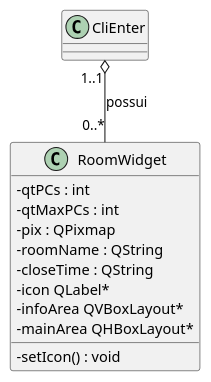
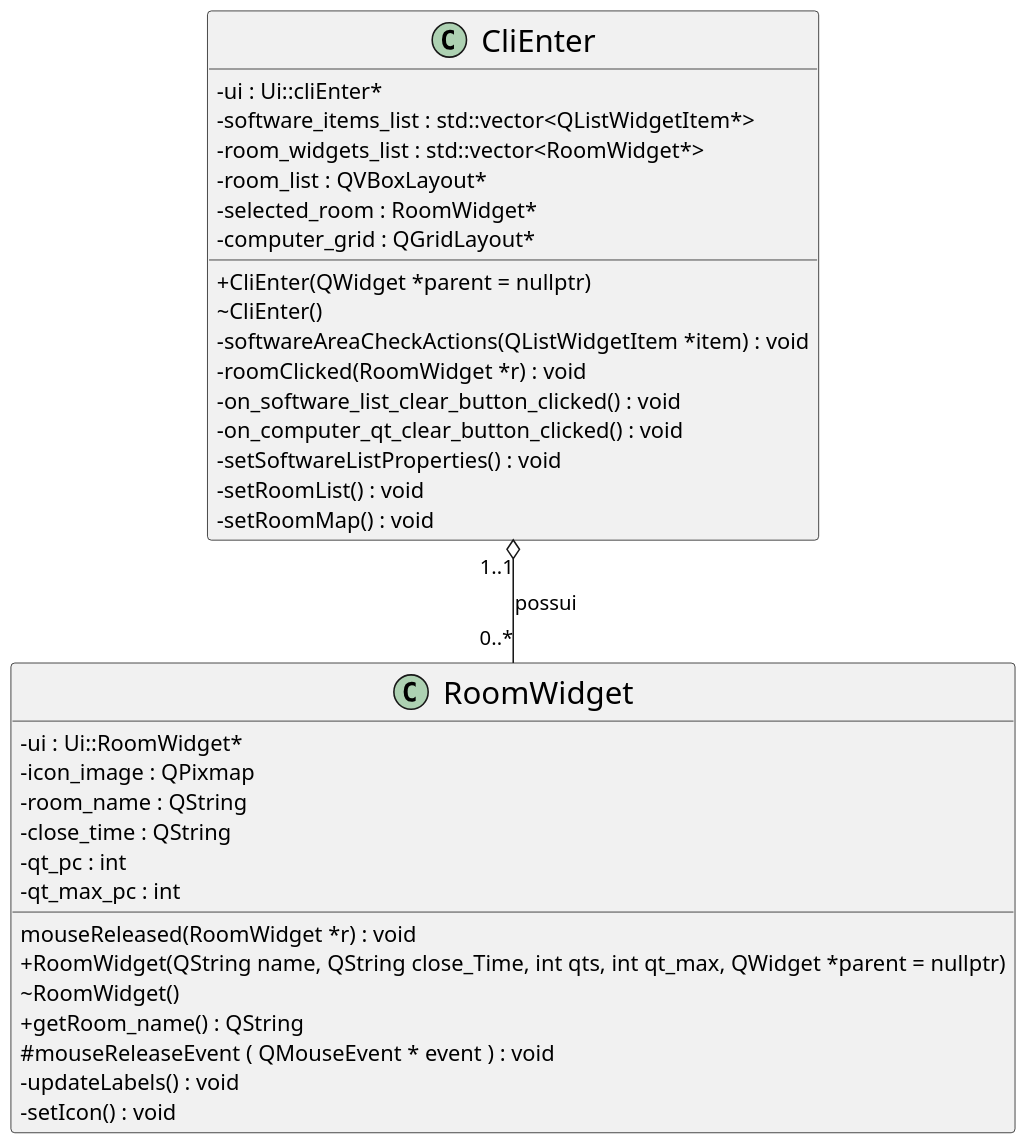
One commit to sociedade-do-pastel/softeiros changed the first of 2 diagrams in docs/umls.org. Above: the diagram before and after it, drawn with PlantUML. The commit also changed other lines of this file and 2 other files, not shown here.

Commit message:
Implementado LogicaCliEnter, atualizado UML

```diff
--- a/docs/umls.org
+++ b/docs/umls.org
@@ -3,20 +3,41 @@
 #+begin_src plantuml :file "./cliEnterClassDiagram.png" :results file
   skinparam classAttributeIconSize 0
+  skinparam classFontSize 20
+  skinparam classFontName Hack
+  scale 1.5
   class CliEnter {
-
+        +CliEnter(QWidget *parent = nullptr)
+        ~CliEnter()
+        -softwareAreaCheckActions(QListWidgetItem *item) : void
+        -roomClicked(RoomWidget *r) : void
+        -on_software_list_clear_button_clicked() : void
+        -on_computer_qt_clear_button_clicked() : void
+        -setSoftwareListProperties() : void
+        -setRoomList() : void
+        -setRoomMap() : void
+        -ui : Ui::cliEnter*
+        -software_items_list : std::vector<QListWidgetItem*>
+        -room_widgets_list : std::vector<RoomWidget*>
+        -room_list : QVBoxLayout*
+        -selected_room : RoomWidget*
+        -computer_grid : QGridLayout*
   }
 
   class RoomWidget {
-        -qtPCs : int
-        -qtMaxPCs : int
-        -pix : QPixmap
-        -roomName : QString
-        -closeTime : QString
-        -icon QLabel*
-        -infoArea QVBoxLayout*
-        -mainArea QHBoxLayout*
-        -setIcon() : void
+        mouseReleased(RoomWidget *r) : void
+        +RoomWidget(QString name, QString close_Time, int qts, int qt_max, QWidget *parent = nullptr)
+        ~RoomWidget()
+        +getRoom_name() : QString
+        #mouseReleaseEvent ( QMouseEvent * event ) : void
+        -updateLabels() : void
+        -setIcon() : void 
+        -ui : Ui::RoomWidget*
+        -icon_image : QPixmap
+        -room_name : QString
+        -close_time : QString
+        -qt_pc : int
+        -qt_max_pc : int
   }
 
   CliEnter "1..1" o-- "0..*" RoomWidget : possui
 #+end_src
```
